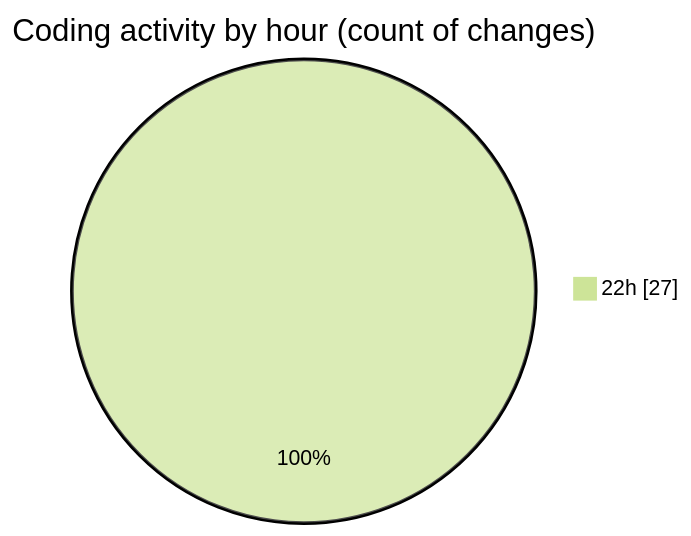
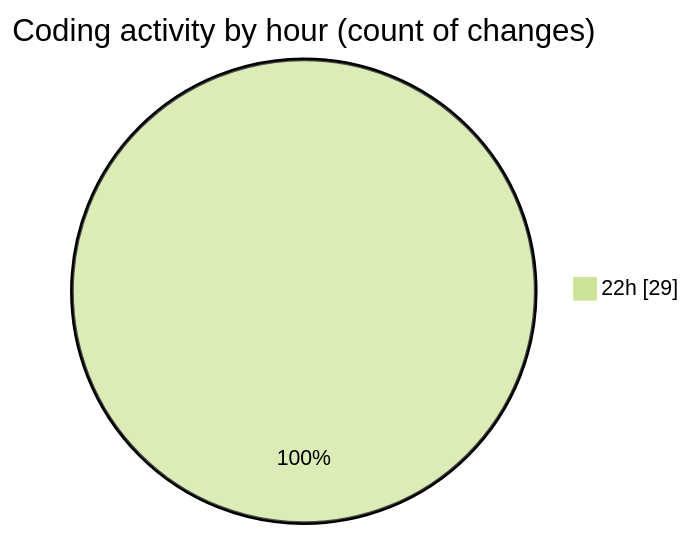
The second of 2 diagrams in 2025-10-23/javacript/README.md (nxtqubesakshisongat/code-tracking), drawn with Mermaid (forest theme) before and after one commit. The commit also changed other lines of this file and 1 other file, not shown here.

````diff
--- a/2025-10-23/javacript/README.md
+++ b/2025-10-23/javacript/README.md
@@ -28,5 +28,5 @@
 ```mermaid
 pie showData
 title Coding activity by hour (count of changes)
-"22h" : 27
+"22h" : 29
 ```
````
